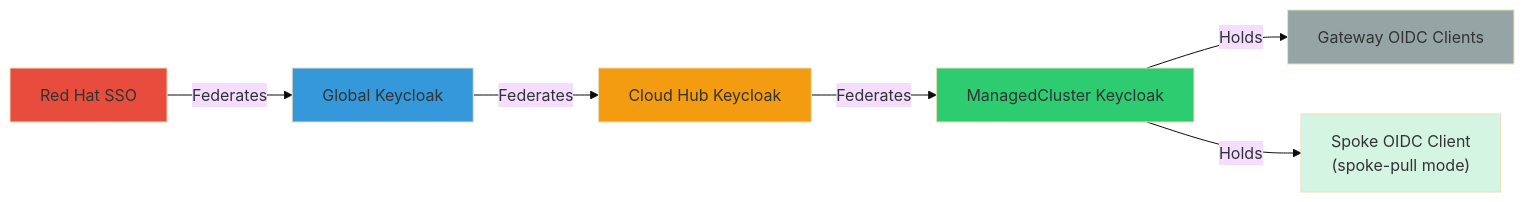
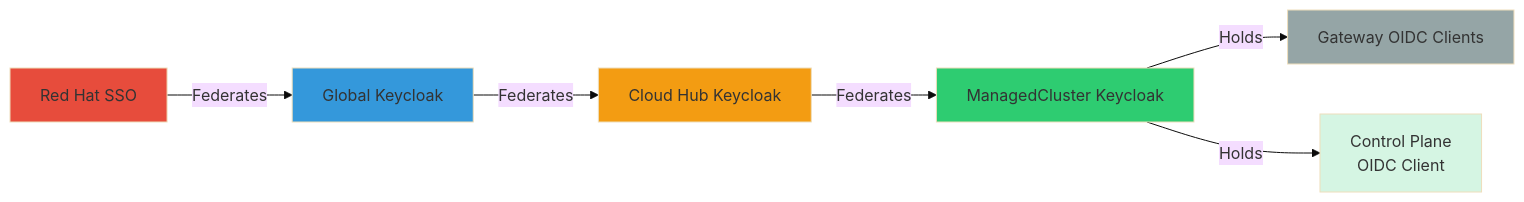
The second of 9 diagrams in specs/platform/global-architecture.spec.md (jonmosco/hypershell), drawn with Mermaid (base theme) before and after one commit. The commit also changed other lines of this file and 2 other files, not shown here.

First line of the commit message:
docs(specs): unify control plane to single self-registration model HYPERSHELL-297

````diff
--- a/specs/platform/global-architecture.spec.md
+++ b/specs/platform/global-architecture.spec.md
@@ -183,21 +175,21 @@
 ```mermaid
 graph LR
     RHSSO[Red Hat SSO]
     Global[Global Keycloak]
     Cloud[Cloud Hub Keycloak]
     MC[ManagedCluster Keycloak]
     
     RHSSO -->|Federates| Global
     Global -->|Federates| Cloud
     Cloud -->|Federates| MC
     
     MC -->|Holds| Clients[Gateway OIDC Clients]
-    MC -->|Holds| SpokeClient["Spoke OIDC Client<br/>(spoke-pull mode)"]
+    MC -->|Holds| CPClient["Control Plane<br/>OIDC Client"]
     
     style RHSSO fill:#e74c3c
     style Global fill:#3498db
     style Cloud fill:#f39c12
     style MC fill:#2ecc71
     style Clients fill:#95a5a6
-    style SpokeClient fill:#d5f5e3
+    style CPClient fill:#d5f5e3
 ```
````
